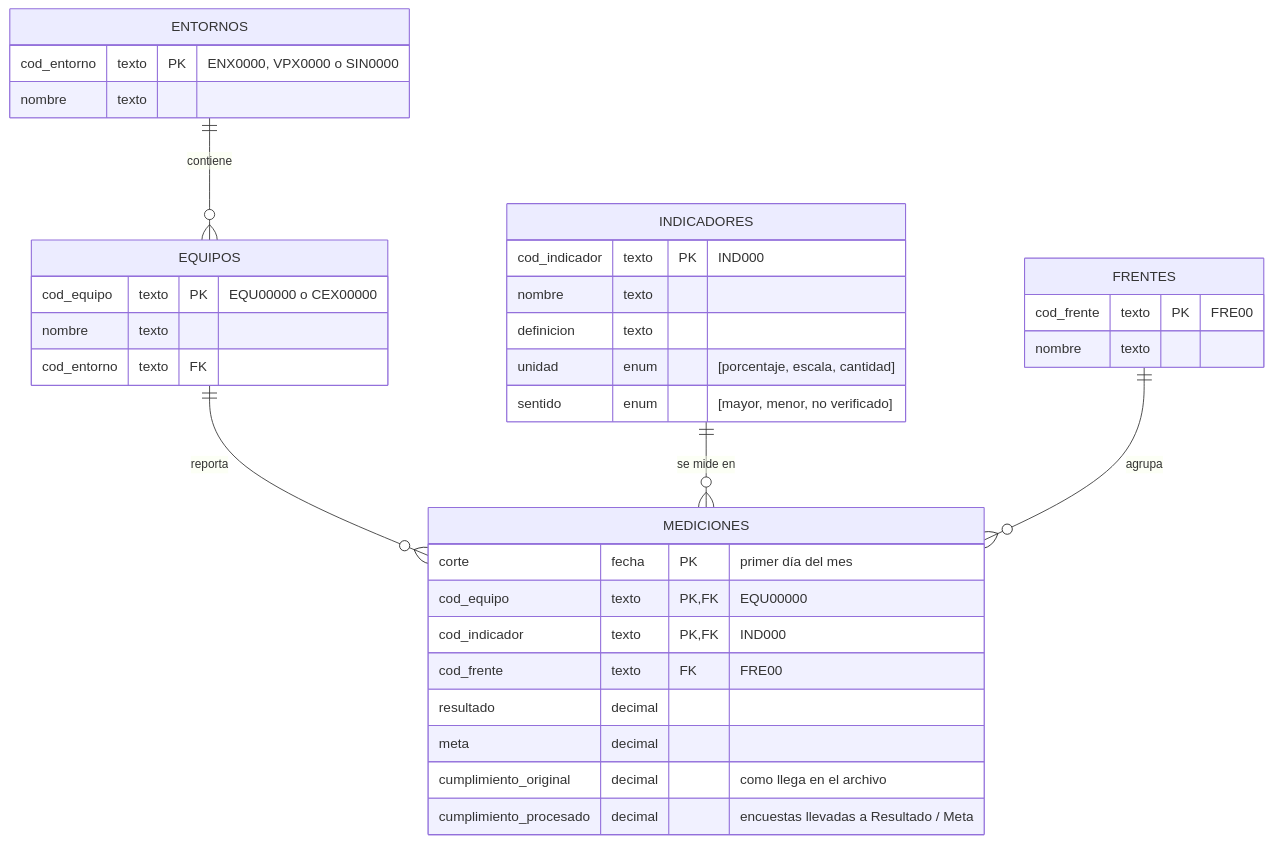
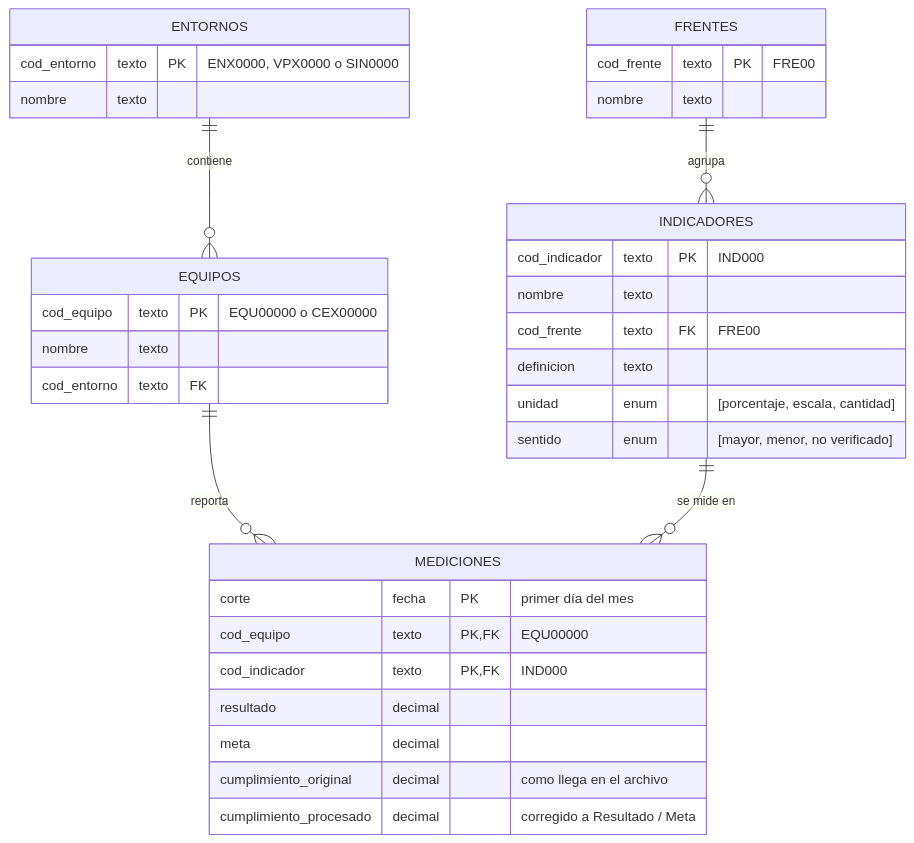
Before and after one commit to santiagoneusa/cib-de-technical-interview: the diagram in README.md, drawn with Mermaid. The commit also changed other lines of this file and 11 other files, not shown here.

Commit message:
Modelo: cod_frente en indicadores (un indicador por frente); cumplimiento copiado recalculado como Resultado / Meta

````diff
--- a/README.md
+++ b/README.md
@@ -42,37 +42,37 @@
 ```mermaid
 erDiagram
     ENTORNOS ||--o{ EQUIPOS : "contiene"
     EQUIPOS ||--o{ MEDICIONES : "reporta"
     INDICADORES ||--o{ MEDICIONES : "se mide en"
-    FRENTES ||--o{ MEDICIONES : "agrupa"
+    FRENTES ||--o{ INDICADORES : "agrupa"
     MEDICIONES {
         corte fecha PK "primer día del mes"
         cod_equipo texto PK, FK "EQU00000"
         cod_indicador texto PK, FK "IND000"
-        cod_frente texto FK "FRE00"
         resultado decimal
         meta decimal
         cumplimiento_original decimal "como llega en el archivo"
-        cumplimiento_procesado decimal "encuestas llevadas a Resultado / Meta"
+        cumplimiento_procesado decimal "corregido a Resultado / Meta"
     }
     EQUIPOS {
         cod_equipo texto PK "EQU00000 o CEX00000"
         nombre texto
         cod_entorno texto FK
     }
     ENTORNOS {
         cod_entorno texto PK "ENX0000, VPX0000 o SIN0000"
         nombre texto
     }
     INDICADORES {
         cod_indicador texto PK "IND000"
         nombre texto
+        cod_frente texto FK "FRE00"
         definicion texto
         unidad enum "[porcentaje, escala, cantidad]"
         sentido enum "[mayor, menor, no verificado]"
     }
     FRENTES {
         cod_frente texto PK "FRE00"
         nombre texto
     }
 ```
````
